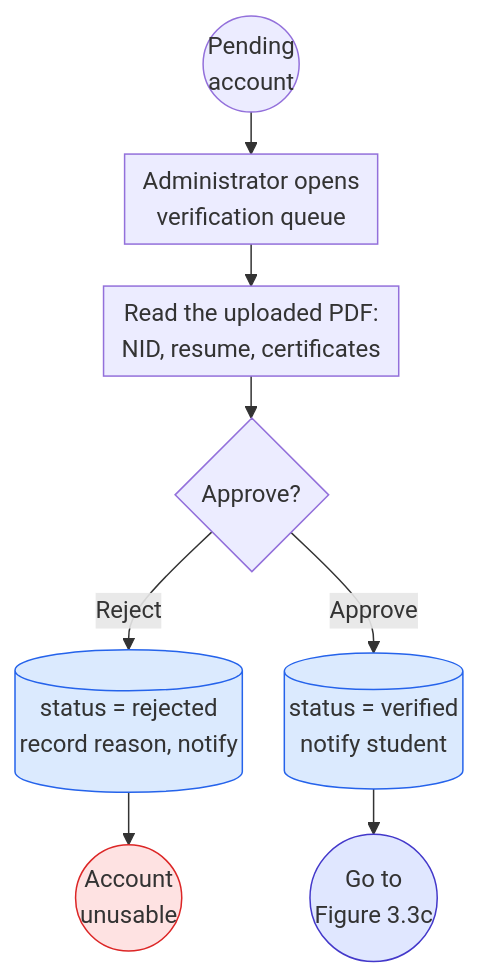
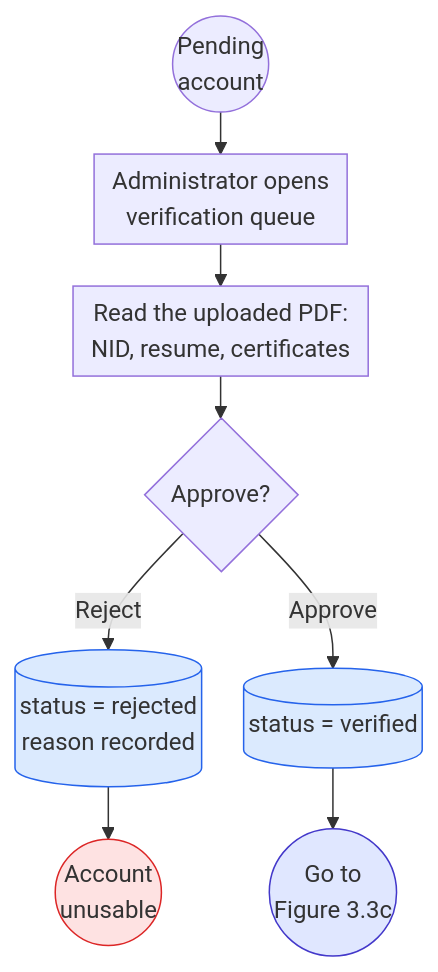
One commit to RamSinghKarki/Internship_Portal changed the third of 9 diagrams in docs/Internship_Portal_Report.md. Above: the diagram before and after it, drawn with Mermaid. The commit also changed other lines of this file and 43 other files, not shown here.

First line of the commit message:
Rebuild every document around the 8-table schema

````diff
--- a/docs/Internship_Portal_Report.md
+++ b/docs/Internship_Portal_Report.md
@@ -776,15 +759,15 @@
 ```mermaid
 %%{init: {"flowchart": {"rankSpacing": 28, "nodeSpacing": 28, "padding": 6}} }%%
 flowchart TD
     IN((Pending<br/>account)) --> A5[Administrator opens<br/>verification queue]
     A5 --> A6[Read the uploaded PDF:<br/>NID, resume, certificates]
     A6 --> D2{Approve?}
-    D2 -->|Reject| A7[(status = rejected<br/>record reason, notify)]
+    D2 -->|Reject| A7[(status = rejected<br/>reason recorded)]
     A7 --> END1((Account<br/>unusable))
-    D2 -->|Approve| A8[(status = verified<br/>notify student)]
+    D2 -->|Approve| A8[(status = verified)]
     A8 --> GO((Go to<br/>Figure 3.3c))
     style A7 fill:#dbeafe,stroke:#2563eb
     style A8 fill:#dbeafe,stroke:#2563eb
     style END1 fill:#fee2e2,stroke:#dc2626
     style GO fill:#e0e7ff,stroke:#4338ca
 ```
````
